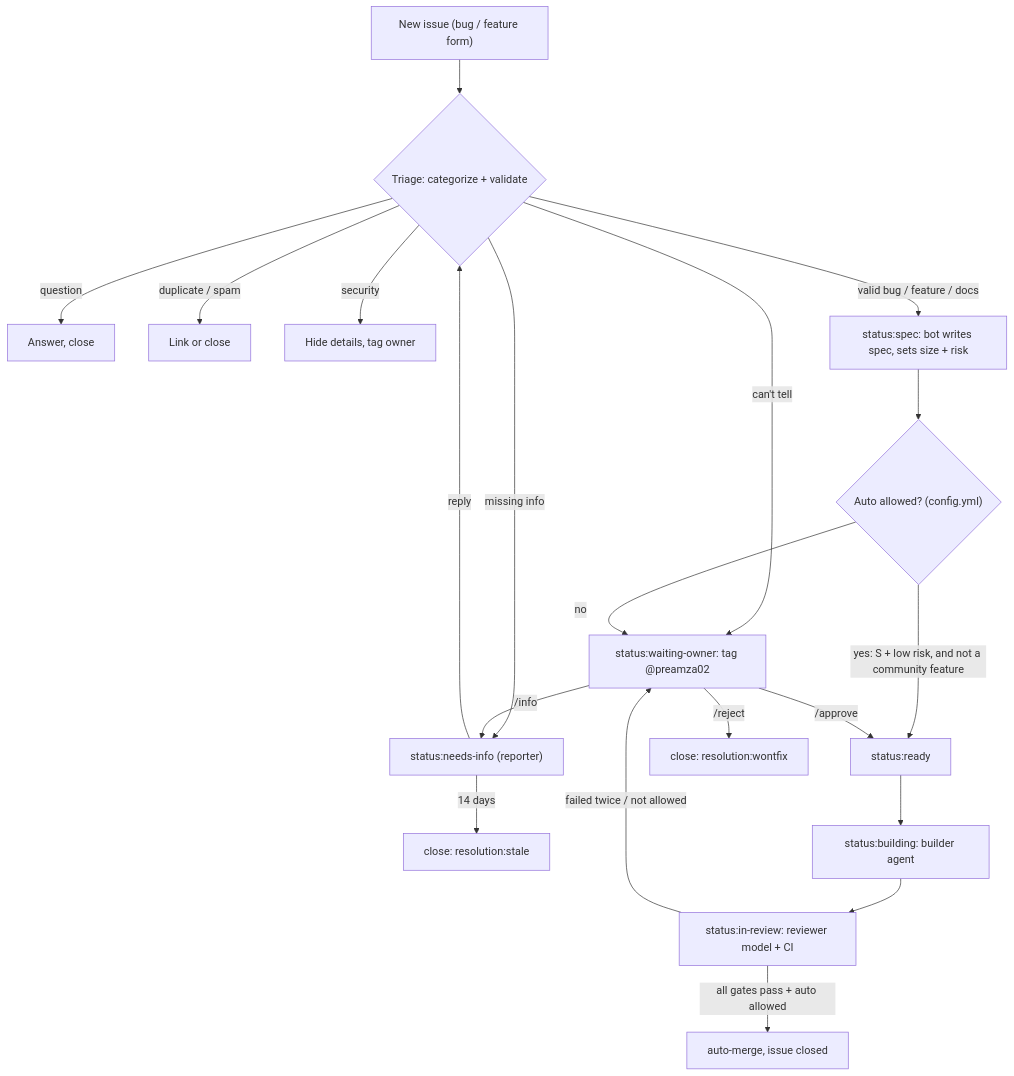
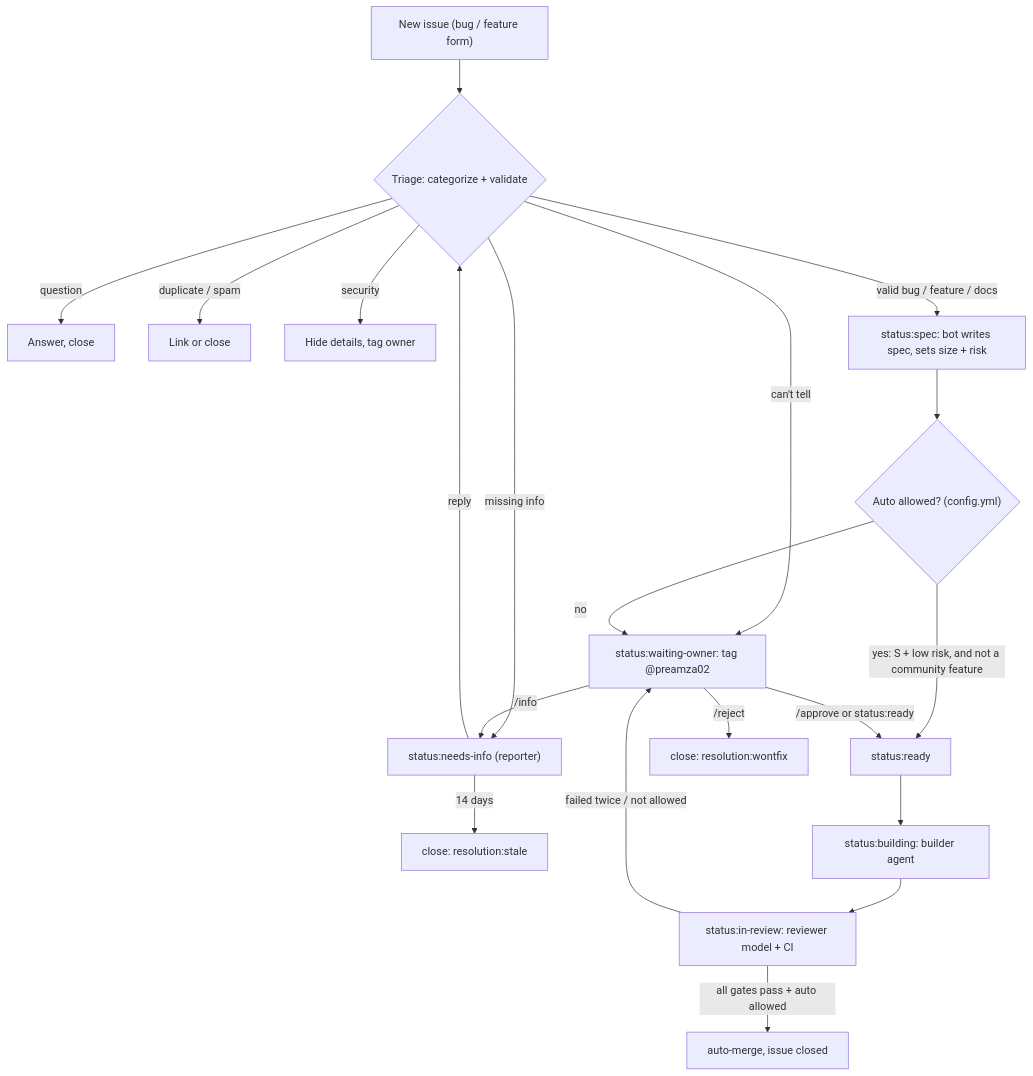
Before and after one commit to trajectonomics/moojot: the diagram in .factory/README.md, drawn with Mermaid. The commit also changed other lines of this file and 4 other files, not shown here.

First line of the commit message:
Let a write-access status:ready label send an issue to implementation.

````diff
--- a/.factory/README.md
+++ b/.factory/README.md
@@ -5,22 +5,22 @@
 ```mermaid
 flowchart TD
     A["New issue (bug / feature form)"] --> T{"Triage: categorize + validate"}
     T -->|question| Q["Answer, close"]
     T -->|"duplicate / spam"| X["Link or close"]
     T -->|security| S["Hide details, tag owner"]
     T -->|"can't tell"| O
     T -->|"missing info"| NI["status:needs-info (reporter)"]
     NI -->|reply| T
     NI -->|"14 days"| C["close: resolution:stale"]
     T -->|"valid bug / feature / docs"| SP["status:spec: bot writes spec, sets size + risk"]
     SP --> D{"Auto allowed? (config.yml)"}
     D -->|"yes: S + low risk, and not a community feature"| R["status:ready"]
     D -->|no| O["status:waiting-owner: tag @preamza02"]
-    O -->|"/approve"| R
+    O -->|"/approve or status:ready"| R
     O -->|"/reject"| W["close: resolution:wontfix"]
     O -->|"/info"| NI
     R --> B["status:building: builder agent"]
     B --> PR["status:in-review: reviewer model + CI"]
     PR -->|"all gates pass + auto allowed"| M["auto-merge, issue closed"]
     PR -->|"failed twice / not allowed"| O
 ```
````
